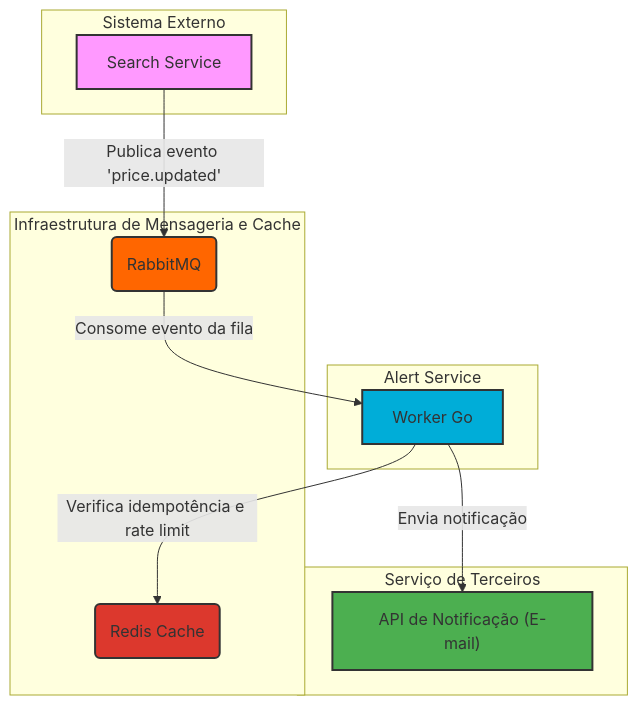
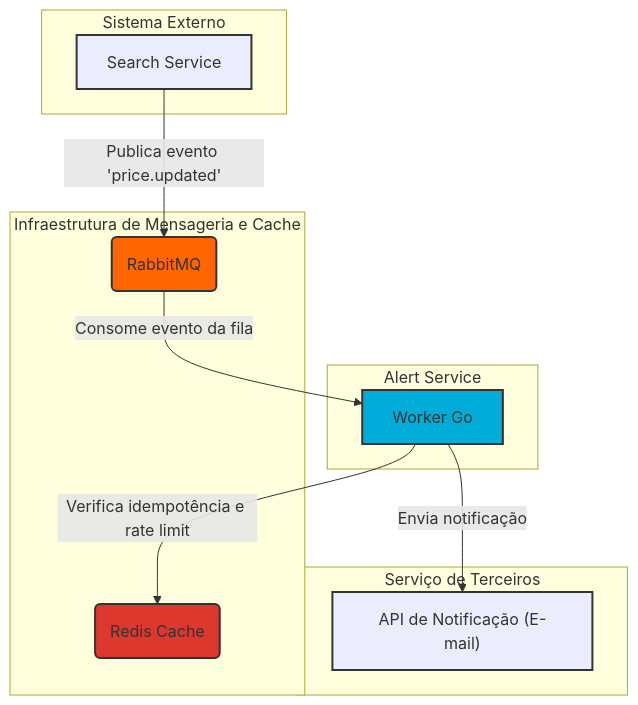
The diagram in readme.md (Luzin7/alert-service), drawn with Mermaid before and after one commit.

Commit message:
docs: change diagram colors

````diff
--- a/readme.md
+++ b/readme.md
@@ -19,27 +19,27 @@
 ```mermaid
 graph TD
     A["Search Service"] -- "Publica evento 'price.updated'" --> B("RabbitMQ")
     B -- "Consome evento da fila" --> D["Worker Go"]
     D -- "Verifica idempotência e rate limit" --> C("Redis Cache")
     D -- "Envia notificação" --> E["API de Notificação (E-mail)"]
 
     subgraph Sistema Externo
         A
     end
     subgraph "Infraestrutura de Mensageria e Cache"
         B
         C
     end
     subgraph "Alert Service"
         D
     end
     subgraph "Serviço de Terceiros"
         E
     end
 
-    style A fill:#f9f,stroke:#333,stroke-width:2px
+    style A fill:#00060,stroke:#333,stroke-width:2px
     style B fill:#FF6600,stroke:#333,stroke-width:2px
     style C fill:#DC382D,stroke:#333,stroke-width:2px
     style D fill:#00ADD8,stroke:#333,stroke-width:2px
-    style E fill:#4CAF50,stroke:#333,stroke-width:2px
+    style E fill:#00060,stroke:#333,stroke-width:2px
   ```
````
